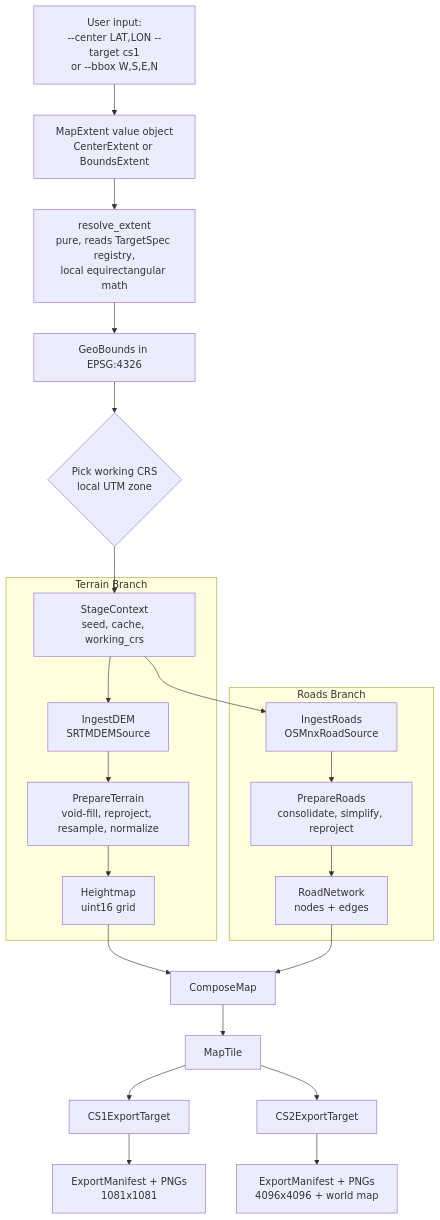
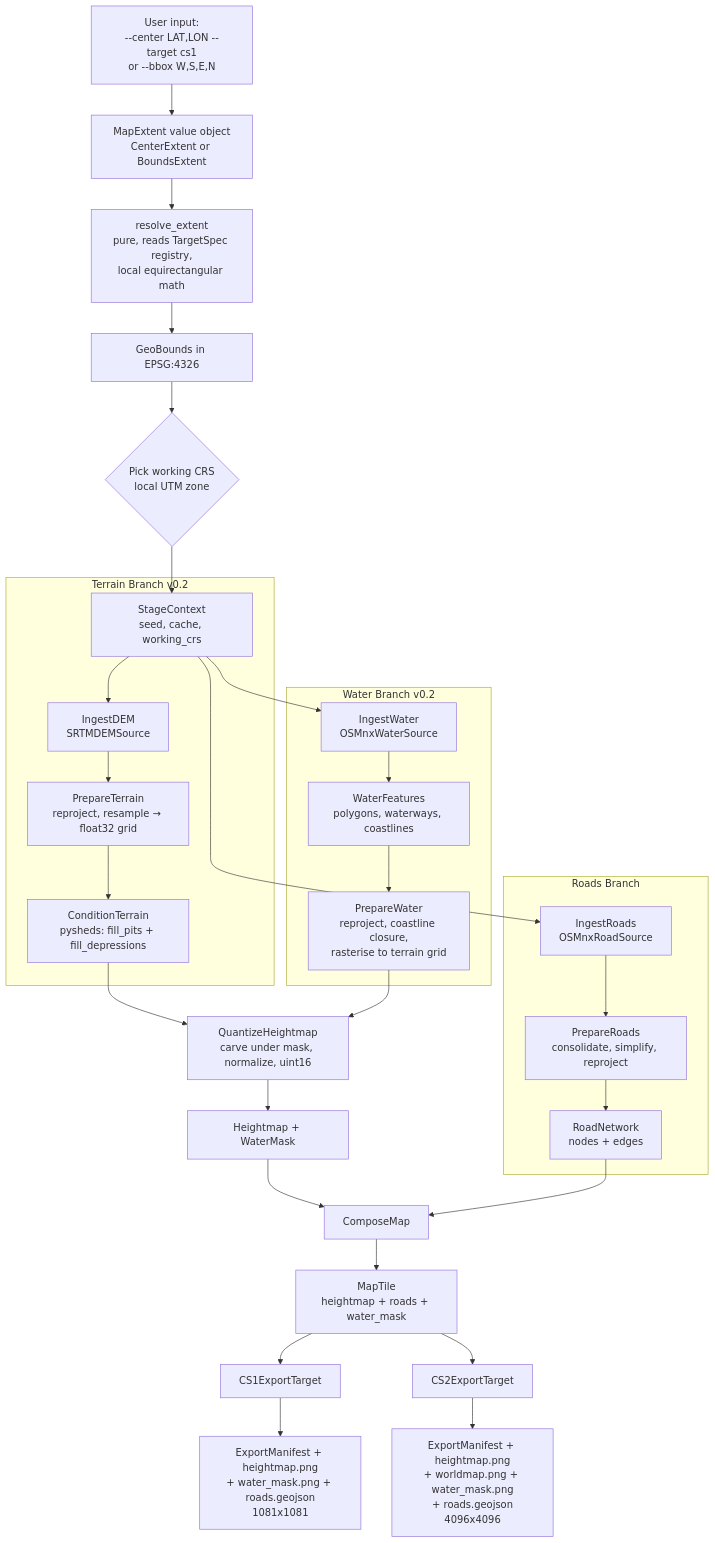
The diagram in docs/ARCHITECTURE.md (KarlCarriere/cs-map-generator), drawn with Mermaid before and after one commit. The commit also changed other lines of this file and 59 other files, not shown here.

First line of the commit message:
feat(tests): enhance water feature handling and add coastline reconstruction tests

````diff
--- a/docs/ARCHITECTURE.md
+++ b/docs/ARCHITECTURE.md
@@ -290,28 +314,37 @@
 ```mermaid
 flowchart TD
     UA[User input:<br/>--center LAT,LON --target cs1<br/>or --bbox W,S,E,N] --> UB[MapExtent value object<br/>CenterExtent or BoundsExtent]
     UB --> UC[resolve_extent<br/>pure, reads TargetSpec registry,<br/>local equirectangular math]
     UC --> A
     A[GeoBounds in EPSG:4326] --> B{Pick working CRS<br/>local UTM zone}
     B --> C[StageContext<br/>seed, cache, working_crs]
 
-    subgraph TerrainBranch[Terrain Branch]
+    subgraph TerrainBranch[Terrain Branch v0.2]
         C --> D[IngestDEM<br/>SRTMDEMSource]
-        D --> E[PrepareTerrain<br/>void-fill, reproject, resample, normalize]
-        E --> F[Heightmap<br/>uint16 grid]
+        D --> E[PrepareTerrain<br/>reproject, resample → float32 grid]
+        E --> ET[ConditionTerrain<br/>pysheds: fill_pits + fill_depressions]
+    end
+
+    subgraph WaterBranch[Water Branch v0.2]
+        C --> WI[IngestWater<br/>OSMnxWaterSource]
+        WI --> WF[WaterFeatures<br/>polygons, waterways, coastlines]
+        WF --> WP[PrepareWater<br/>reproject, coastline closure,<br/>rasterise to terrain grid]
     end
 
     subgraph RoadsBranch[Roads Branch]
         C --> G[IngestRoads<br/>OSMnxRoadSource]
         G --> H[PrepareRoads<br/>consolidate, simplify, reproject]
         H --> I[RoadNetwork<br/>nodes + edges]
     end
 
+    ET --> Q[QuantizeHeightmap<br/>carve under mask, normalize, uint16]
+    WP --> Q
+    Q --> F[Heightmap + WaterMask]
     F --> J[ComposeMap]
     I --> J
-    J --> K[MapTile]
+    J --> K[MapTile<br/>heightmap + roads + water_mask]
     K --> L1[CS1ExportTarget]
     K --> L2[CS2ExportTarget]
-    L1 --> M[ExportManifest + PNGs<br/>1081x1081]
-    L2 --> N[ExportManifest + PNGs<br/>4096x4096 + world map]
+    L1 --> M[ExportManifest + heightmap.png<br/>+ water_mask.png + roads.geojson<br/>1081x1081]
+    L2 --> N[ExportManifest + heightmap.png<br/>+ worldmap.png + water_mask.png<br/>+ roads.geojson<br/>4096x4096]
 ```
````
